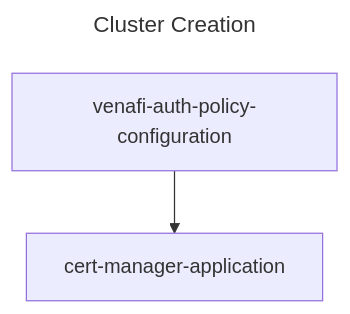
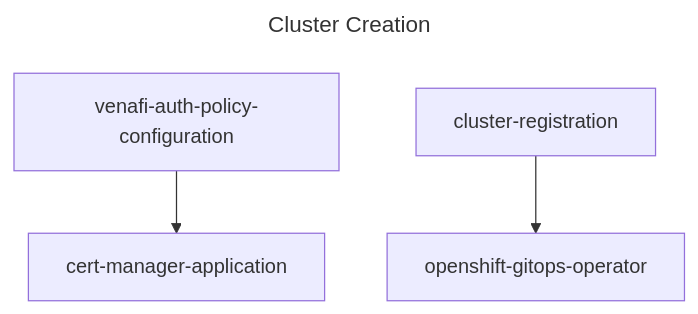
One commit to mmwillingham/acm changed the diagram in test-mermaid/test-mermaid.build.md. Above: the diagram before and after it, drawn with Mermaid.

````diff
--- a/test-mermaid/test-mermaid.build.md
+++ b/test-mermaid/test-mermaid.build.md
@@ -1,7 +1,8 @@
 ```mermaid
 ---
 title: Cluster Creation
 ---
 flowchart TD
     venafi-auth-policy-configuration --> cert-manager-application
+    cluster-registration --> openshift-gitops-operator
 ```
````
